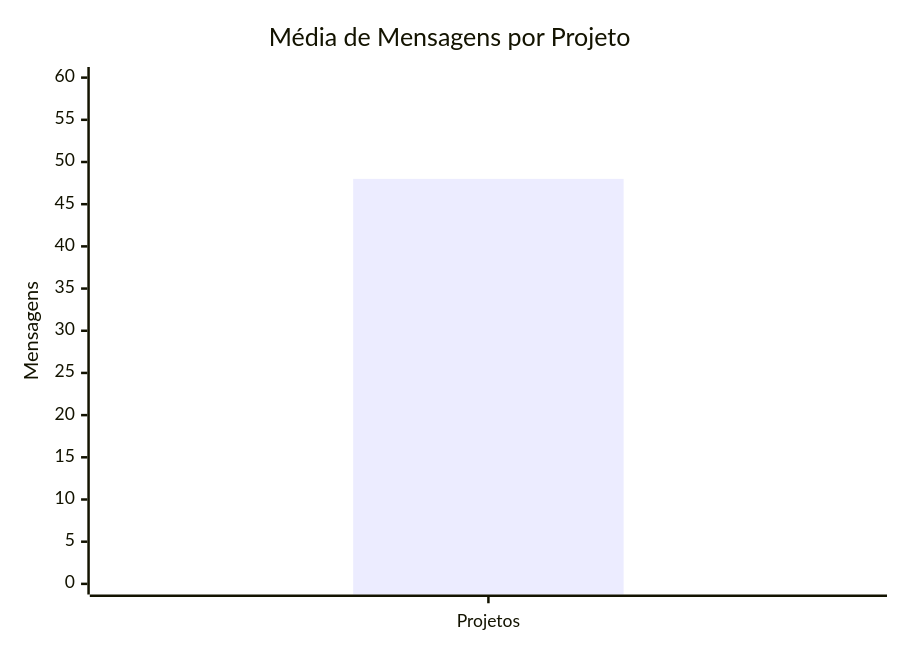
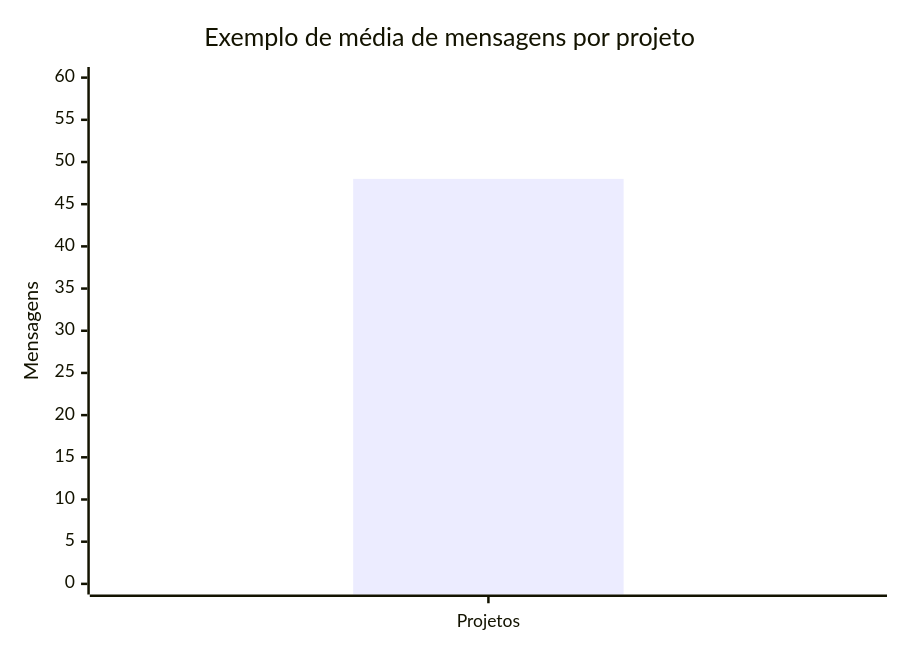
One commit to Ennzzo/acadus changed the sixth of 6 diagrams in docs/performance-indicators.md. Above: the diagram before and after it, drawn with Mermaid. The commit also changed other lines of this file and 16 other files, not shown here.

````diff
--- a/docs/performance-indicators.md
+++ b/docs/performance-indicators.md
@@ -158,7 +217,7 @@
 ```mermaid
 xychart-beta
-    title "Média de Mensagens por Projeto"
+    title "Exemplo de média de mensagens por projeto"
     x-axis ["Projetos"]
     y-axis "Mensagens" 0 --> 60
     bar [48]
 ```
````
